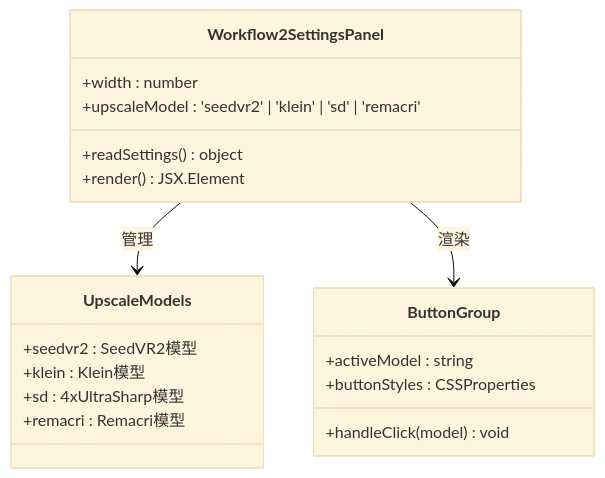
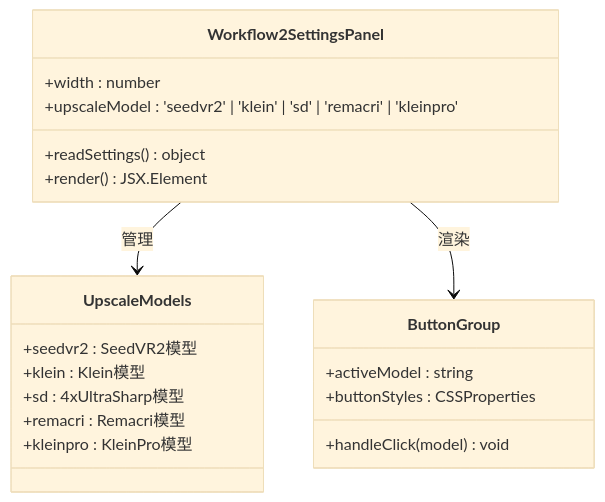
One commit to billye220670/CorineKit_Pix2Real changed the fifth of 7 diagrams in .qoder/repowiki/zh/content/Workflow Settings Panel.md. Above: the diagram before and after it, drawn with Mermaid (base theme). The commit also changed other lines of this file and 13 other files, not shown here.

````diff
--- a/.qoder/repowiki/zh/content/Workflow Settings Panel.md
+++ b/.qoder/repowiki/zh/content/Workflow Settings Panel.md
@@ -208,22 +222,23 @@
 ```mermaid
 classDiagram
 class Workflow2SettingsPanel {
 +width : number
-+upscaleModel : 'seedvr2' | 'klein' | 'sd' | 'remacri'
++upscaleModel : 'seedvr2' | 'klein' | 'sd' | 'remacri' | 'kleinpro'
 +readSettings() object
 +render() JSX.Element
 }
 class UpscaleModels {
 +seedvr2 : SeedVR2模型
 +klein : Klein模型
 +sd : 4xUltraSharp模型
 +remacri : Remacri模型
++kleinpro : KleinPro模型
 }
 class ButtonGroup {
 +activeModel : string
 +buttonStyles : CSSProperties
 +handleClick(model) void
 }
 Workflow2SettingsPanel --> UpscaleModels : 管理
 Workflow2SettingsPanel --> ButtonGroup : 渲染
 ```
````
